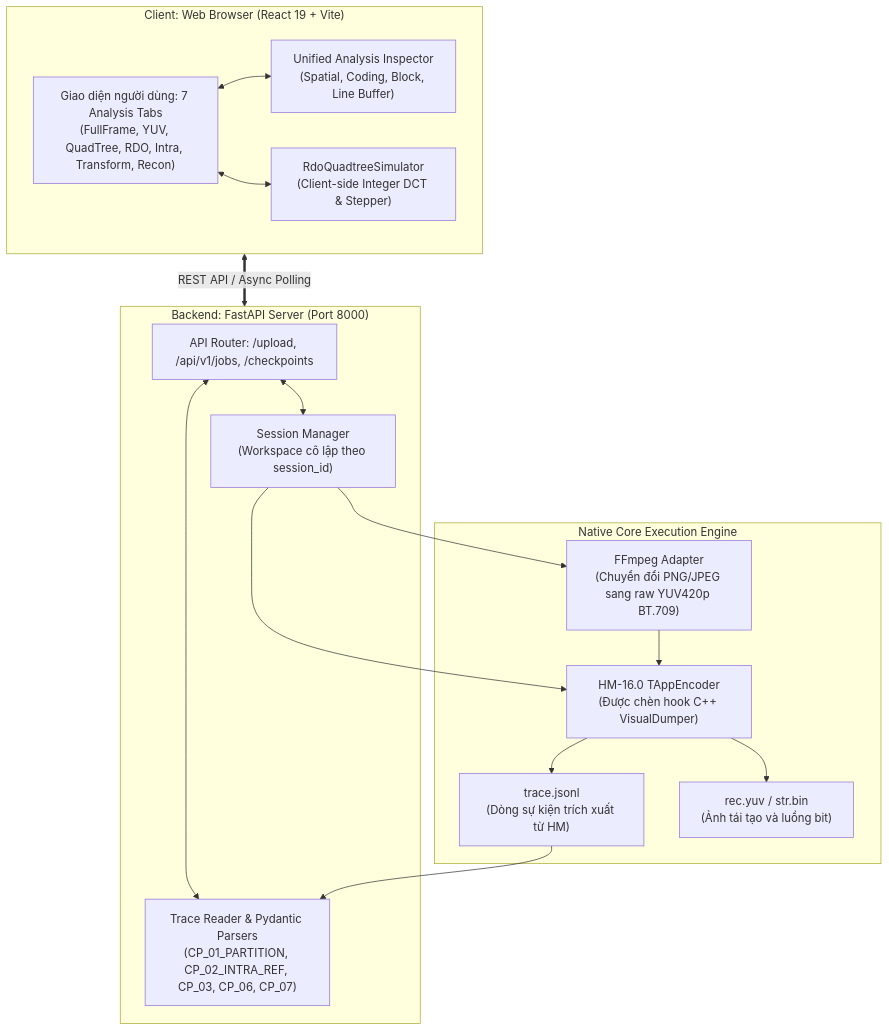
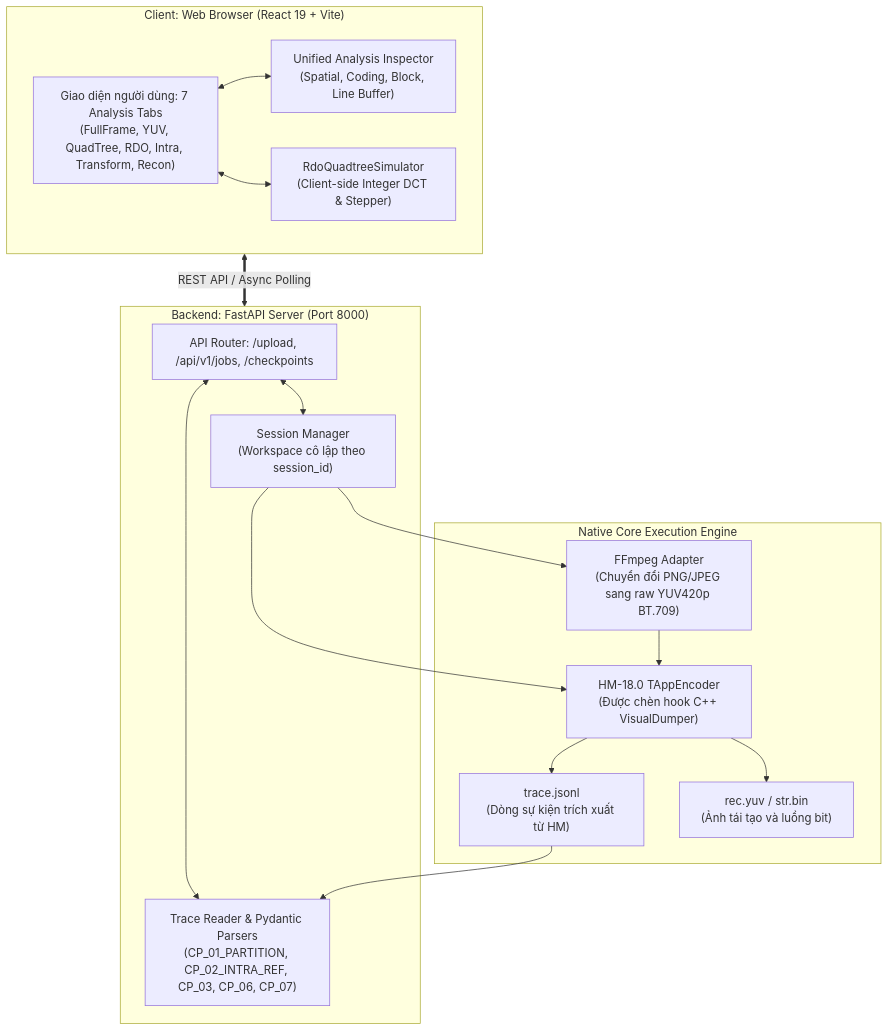
One commit to hijoouzc/HEVC_Analysis_Web changed the diagram in docs/07_WEB_APP_FULL_SYSTEM_ARCHITECTURE.md. Above: the diagram before and after it, drawn with Mermaid. The commit also changed other lines of this file and 79 other files, not shown here.

````diff
--- a/docs/07_WEB_APP_FULL_SYSTEM_ARCHITECTURE.md
+++ b/docs/07_WEB_APP_FULL_SYSTEM_ARCHITECTURE.md
@@ -24,33 +24,33 @@
 ```mermaid
 flowchart TD
     subgraph Client_Browser ["Client: Web Browser (React 19 + Vite)"]
         UI["Giao diện người dùng: 7 Analysis Tabs\n(FullFrame, YUV, QuadTree, RDO, Intra, Transform, Recon)"]
         Inspector["Unified Analysis Inspector\n(Spatial, Coding, Block, Line Buffer)"]
         Sim["RdoQuadtreeSimulator\n(Client-side Integer DCT & Stepper)"]
         UI <--> Inspector
         UI <--> Sim
     end
 
     subgraph API_Gateway ["Backend: FastAPI Server (Port 8000)"]
         Router["API Router: /upload, /api/v1/jobs, /checkpoints"]
         SessionMgr["Session Manager\n(Workspace cô lập theo session_id)"]
         TraceReader["Trace Reader & Pydantic Parsers\n(CP_01_PARTITION, CP_02_INTRA_REF, CP_03, CP_06, CP_07)"]
         Router <--> SessionMgr
         Router <--> TraceReader
     end
 
     subgraph Native_Core ["Native Core Execution Engine"]
         FFmpeg["FFmpeg Adapter\n(Chuyển đổi PNG/JPEG sang raw YUV420p BT.709)"]
-        HM["HM-16.0 TAppEncoder\n(Được chèn hook C++ VisualDumper)"]
+        HM["HM-18.0 TAppEncoder\n(Được chèn hook C++ VisualDumper)"]
         TraceFile["trace.jsonl\n(Dòng sự kiện trích xuất từ HM)"]
         YUVFile["rec.yuv / str.bin\n(Ảnh tái tạo và luồng bit)"]
         FFmpeg --> HM
         HM --> TraceFile
         HM --> YUVFile
     end
 
     Client_Browser <== "REST API / Async Polling" ==> API_Gateway
     SessionMgr --> FFmpeg
     SessionMgr --> HM
     TraceFile --> TraceReader
 ```
````
